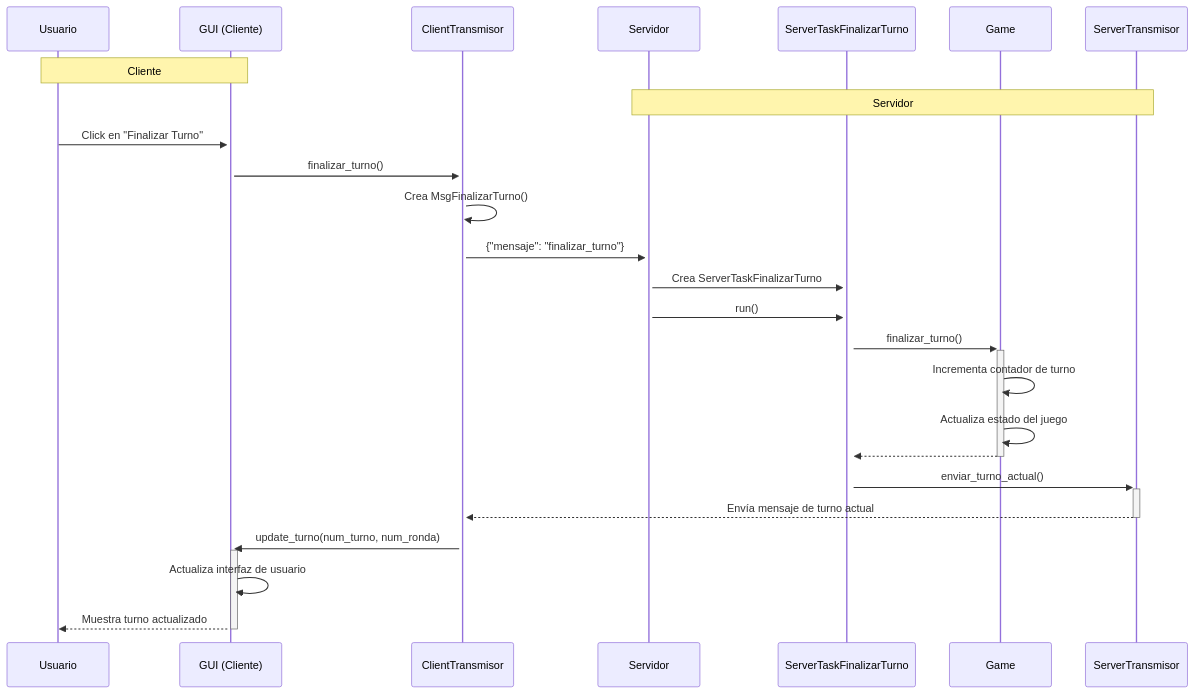
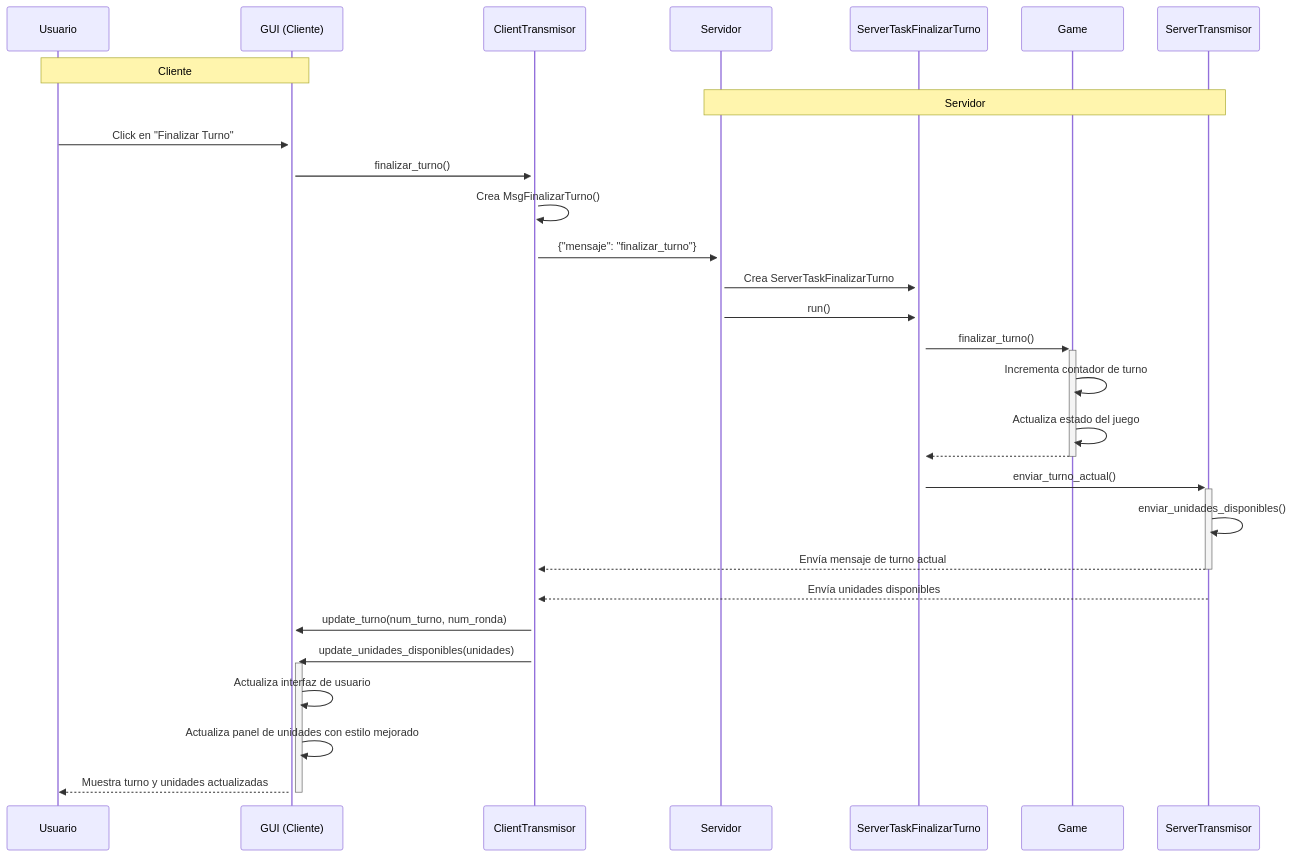
Before and after one commit to cavazquez/pyteg: the diagram in docs/diagrams/finalizar_turno.md, drawn with Mermaid. The commit also changed 3 other files, not shown here.

First line of the commit message:
Feat: Mejorar estilo visual del panel de unidades disponibles

````diff
--- a/docs/diagrams/finalizar_turno.md
+++ b/docs/diagrams/finalizar_turno.md
@@ -3,31 +3,35 @@
 ```mermaid
 sequenceDiagram
     participant Usuario
     participant GUI as GUI (Cliente)
     participant Client as ClientTransmisor
     participant Server as Servidor
     participant Task as ServerTaskFinalizarTurno
     participant Game as Game
     participant STrans as ServerTransmisor
 
     Note over Usuario,GUI: Cliente
     Note over Server,STrans: Servidor
 
     Usuario->>+GUI: Click en "Finalizar Turno"
     GUI->>+Client: finalizar_turno()
     Client->>Client: Crea MsgFinalizarTurno()
     Client->>+Server: {"mensaje": "finalizar_turno"}
     
     Server->>+Task: Crea ServerTaskFinalizarTurno
     Server->>+Task: run()
     Task->>+Game: finalizar_turno()
     Game->>Game: Incrementa contador de turno
     Game->>Game: Actualiza estado del juego
     Game-->>-Task: 
     
     Task->>+STrans: enviar_turno_actual()
+    STrans->>STrans: enviar_unidades_disponibles()
     STrans-->>-Client: Envía mensaje de turno actual
+    STrans-->>Client: Envía unidades disponibles
     Client->>+GUI: update_turno(num_turno, num_ronda)
+    Client->>+GUI: update_unidades_disponibles(unidades)
     GUI->>GUI: Actualiza interfaz de usuario
-    GUI-->>-Usuario: Muestra turno actualizado
+    GUI->>GUI: Actualiza panel de unidades con estilo mejorado
+    GUI-->>-Usuario: Muestra turno y unidades actualizadas
 ```
````
